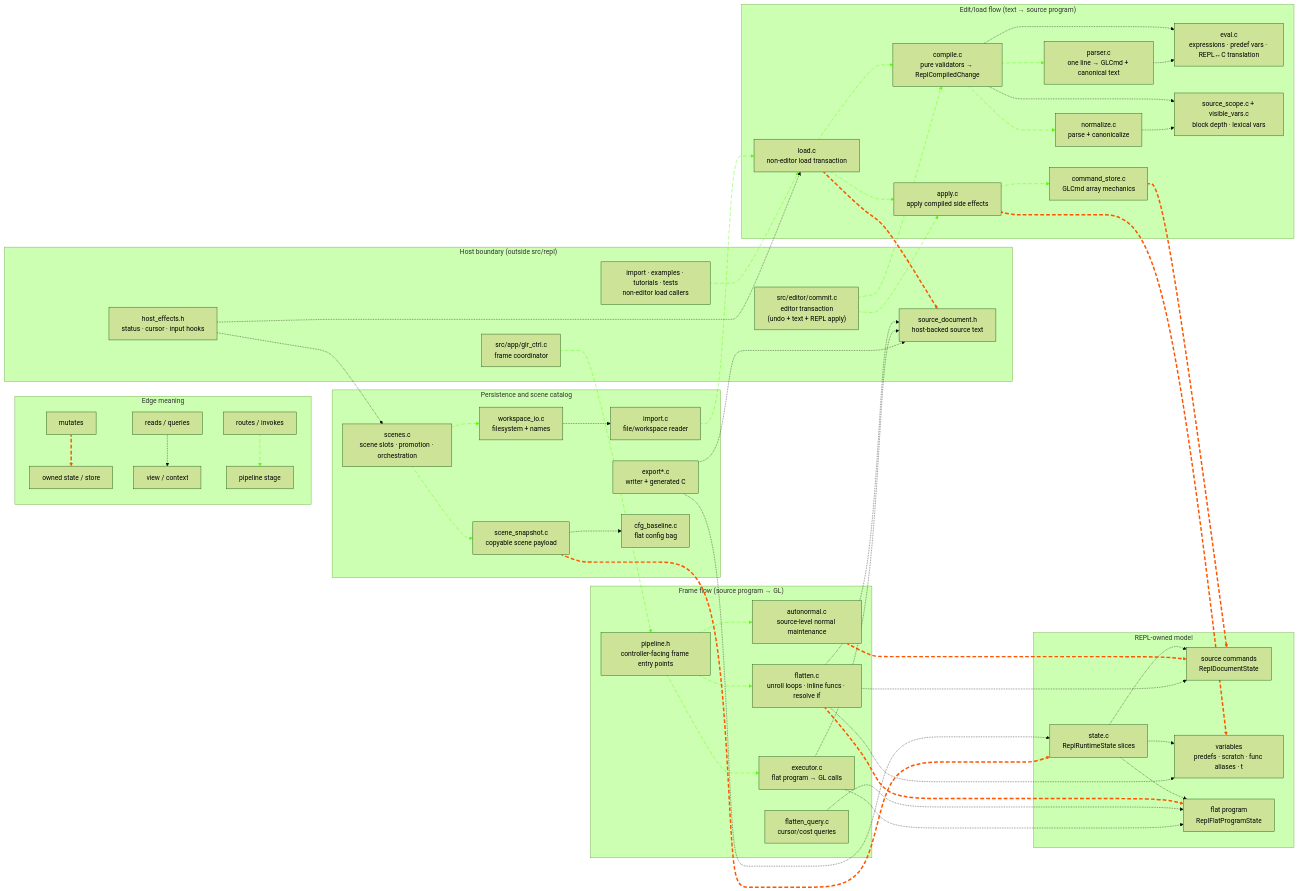
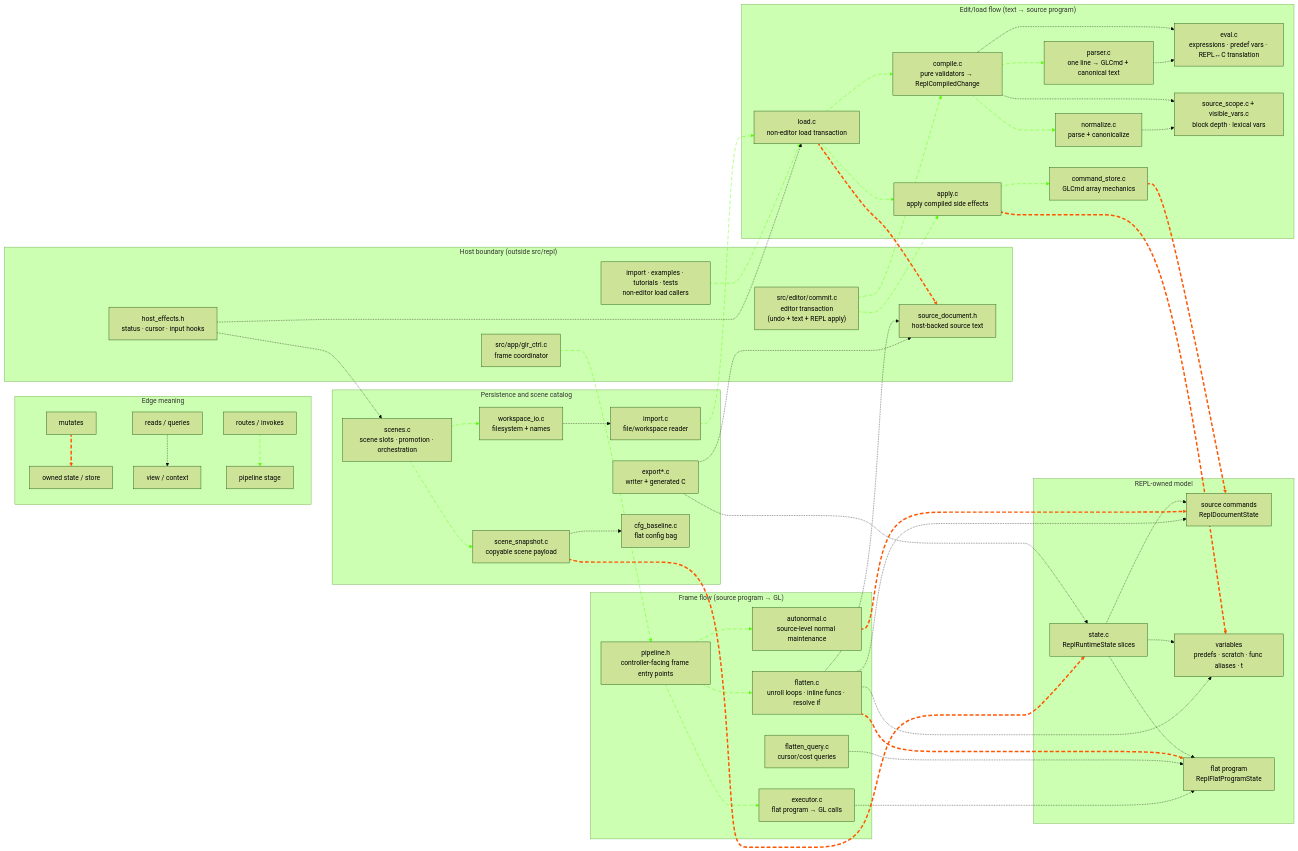
The first of 2 diagrams in src/repl/ARCHITECTURE.md (drewwoods/gl-repl), drawn with Mermaid (forest theme) before and after one commit.

Commit message:
docs: remove stale executor source dependency

```diff
--- a/src/repl/ARCHITECTURE.md
+++ b/src/repl/ARCHITECTURE.md
@@ -172,7 +172,6 @@
     flatten e6@==> flat_state
     flatten_query -.-> flat_state
     executor -.-> flat_state
-    executor -.-> source_port
 
     import i14@--> load
     export -.-> source_port
```
